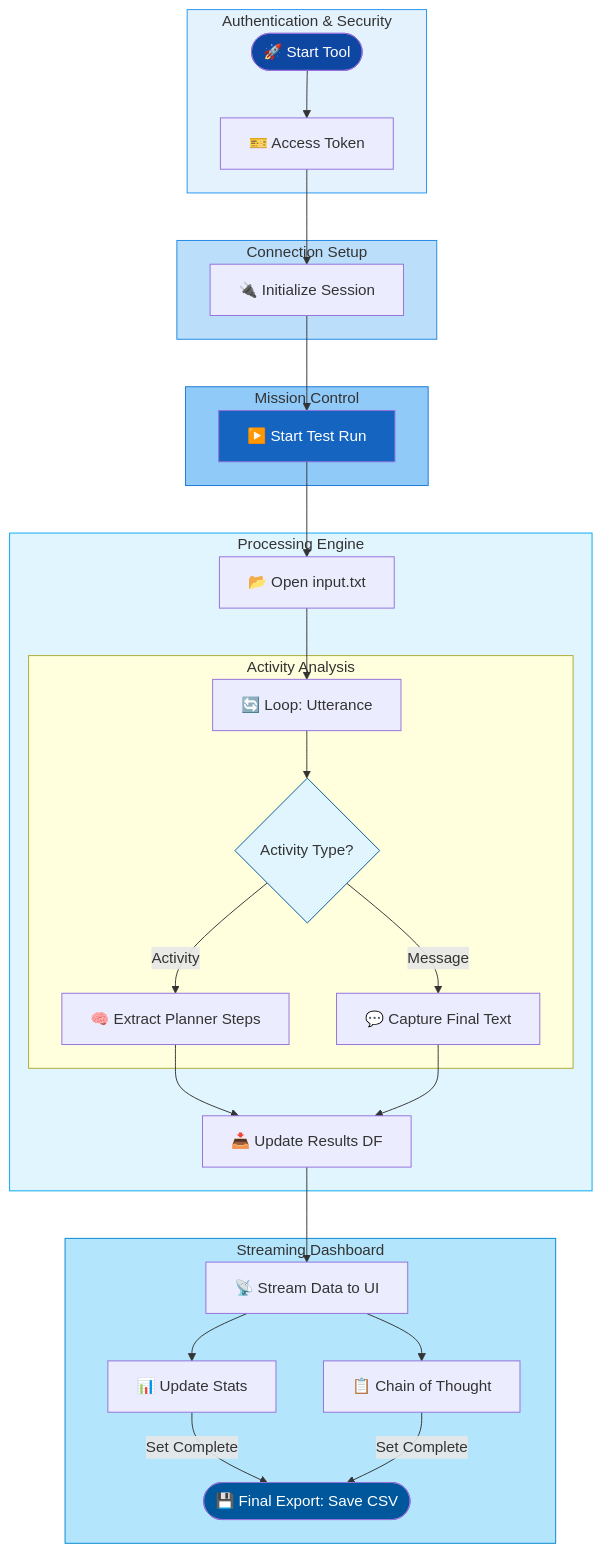
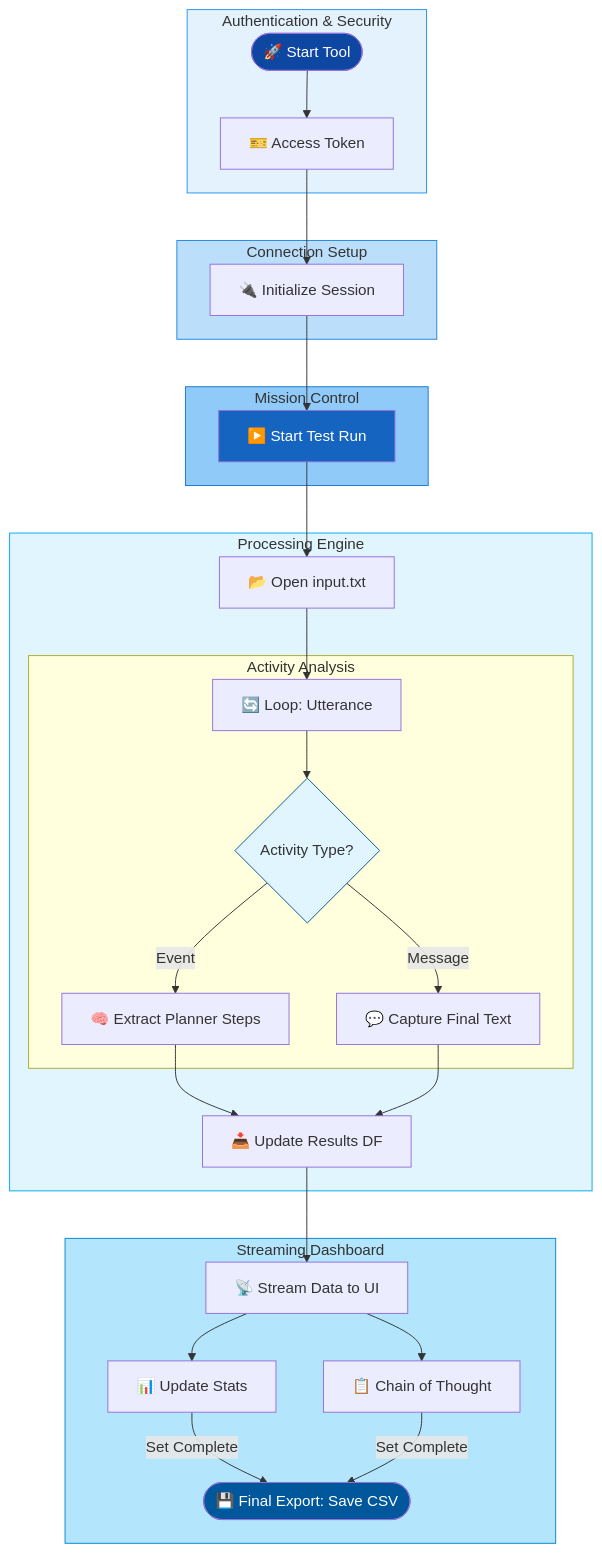
One commit to microsoft/mcscatblog changed the diagram in _posts/2026-01-16-response-analysis-copilot-tool.md. Above: the diagram before and after it, drawn with Mermaid. The commit also changed other lines of this file, not shown here.

````diff
--- a/_posts/2026-01-16-response-analysis-copilot-tool.md
+++ b/_posts/2026-01-16-response-analysis-copilot-tool.md
@@ -56,53 +127,53 @@
 ```mermaid
 graph TD
     %% Use linear paths to encourage straighter lines
 
     subgraph Auth [Authentication & Security]
         A([🚀 Start Tool]) --> B[🎫 Access Token]
     end
 
     subgraph Init [Connection Setup]
         B --> C[🔌 Initialize Session]
     end
 
     subgraph User [Mission Control]
         C --> E[▶️ Start Test Run]
     end
 
     subgraph Engine [Processing Engine]
         E --> F[📂 Open input.txt]
         F --> G[🔄 Loop: Utterance]
         
         subgraph Analysis [Activity Analysis]
             G --> H{Activity Type?}
-            H -- "Activity" --> I[🧠 Extract Planner Steps]
+            H -- "Event" --> I[🧠 Extract Planner Steps]
             H -- "Message" --> J[💬 Capture Final Text]
         end
         
         I --> K[📥 Update Results DF]
         J --> K
     end
 
     subgraph Visualization [Streaming Dashboard]
         K --> L[📡 Stream Data to UI]
         
         L --> M[📊 Update Stats]
         L --> O[📋 Chain of Thought]
 
         M -- "Set Complete" --> Q([💾 Final Export: Save CSV])
         O -- "Set Complete" --> Q([💾 Final Export: Save CSV])
     end
 
     %% Unified Blue Palette Styling
     style Auth fill:#E3F2FD,stroke:#2196F3,stroke-width:1px
     style Init fill:#BBDEFB,stroke:#1E88E5,stroke-width:1px
     style User fill:#90CAF9,stroke:#1976D2,stroke-width:1px
     style Engine fill:#E1F5FE,stroke:#03A9F4,stroke-width:1px
     style Visualization fill:#B3E5FC,stroke:#0288D1,stroke-width:1px
     
     %% Node Specifics
     style A fill:#0D47A1,color:#fff
     style E fill:#1565C0,color:#fff
     style Q fill:#01579B,color:#fff
     style H fill:#E1F5FE,stroke:#01579B
 ```
````
